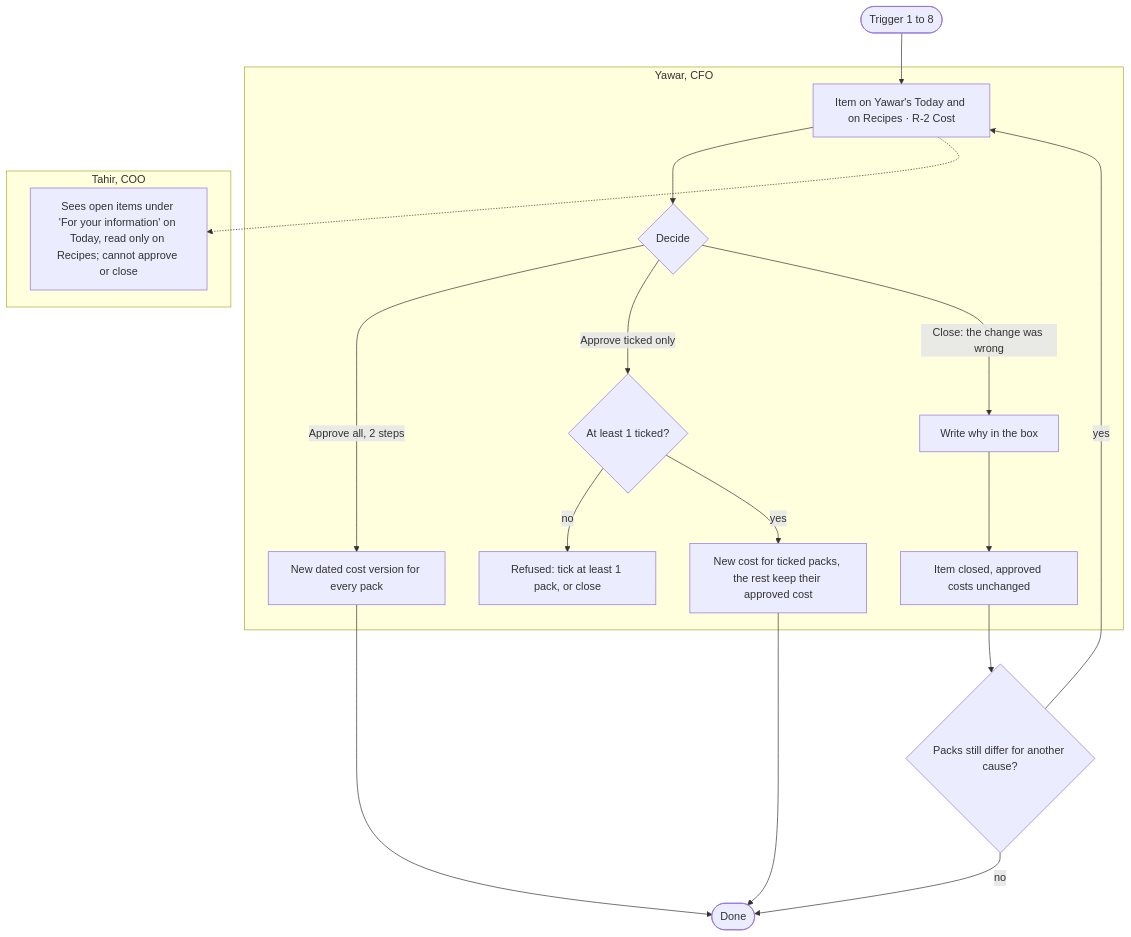
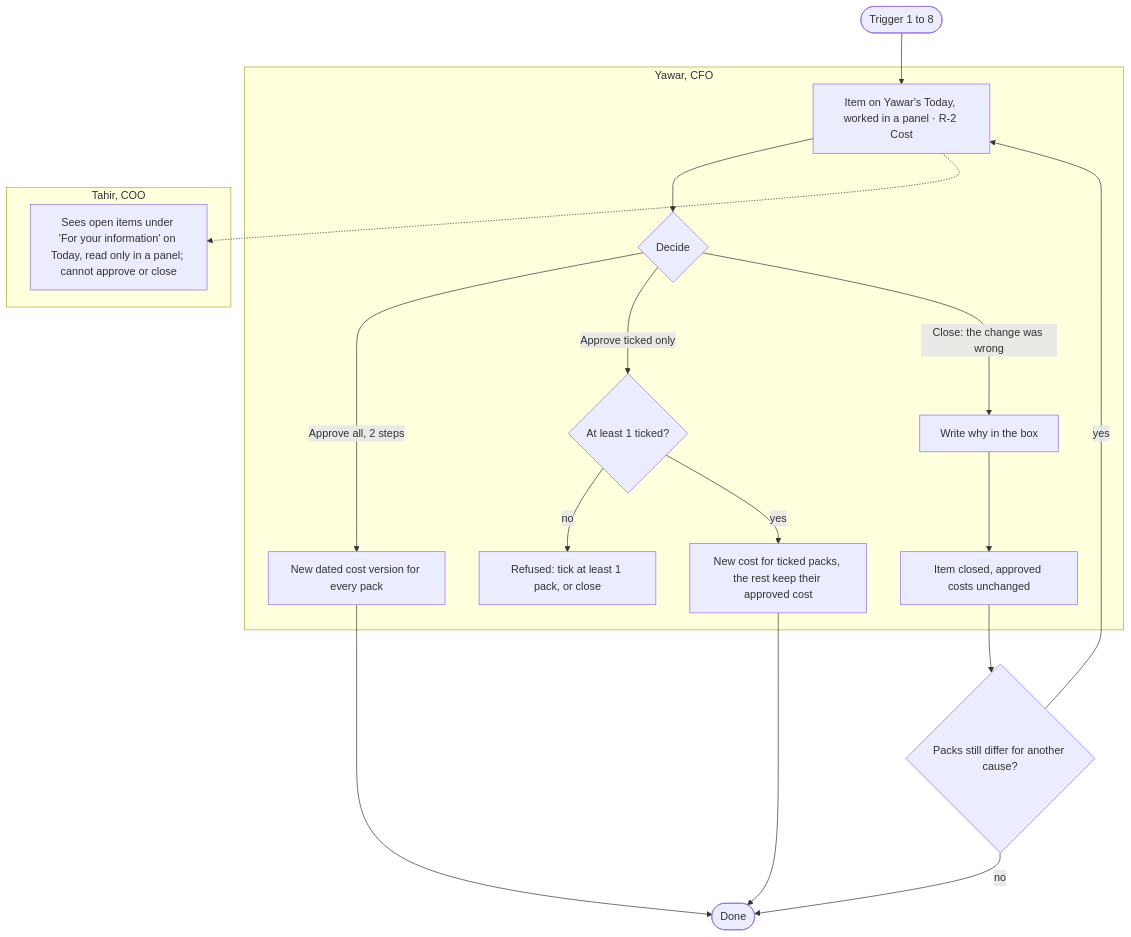
One commit to taabbas1947-eng/VAN-OP changed the third of 10 diagrams in apps/c2m/docs/01-process-flows.md. Above: the diagram before and after it, drawn with Mermaid. The commit also changed other lines of this file and 13 other files, not shown here.

````diff
--- a/apps/c2m/docs/01-process-flows.md
+++ b/apps/c2m/docs/01-process-flows.md
@@ -78,21 +79,21 @@
 ```mermaid
 flowchart TB
-  T([Trigger 1 to 8]) --> I[Item on Yawar's Today and on Recipes · R-2 Cost]
+  T([Trigger 1 to 8]) --> I[Item on Yawar's Today, worked in a panel · R-2 Cost]
   subgraph CFO [Yawar, CFO]
     I --> Q{Decide}
     Q -- Approve all, 2 steps --> A1[New dated cost version for every pack]
     Q -- Approve ticked only --> A2{At least 1 ticked?}
     A2 -- no --> R1[Refused: tick at least 1 pack, or close]
     A2 -- yes --> A3[New cost for ticked packs, the rest keep their approved cost]
     Q -- Close: the change was wrong --> Z1[Write why in the box] --> Z2[Item closed, approved costs unchanged]
   end
   subgraph COO [Tahir, COO]
-    V[Sees open items under 'For your information' on Today, read only on Recipes; cannot approve or close]
+    V[Sees open items under 'For your information' on Today, read only in a panel; cannot approve or close]
   end
   Z2 --> Z3{Packs still differ for another cause?}
   Z3 -- yes --> I
   Z3 -- no --> E([Done])
   A1 --> E
   A3 --> E
   I -.-> V
 ```
````
